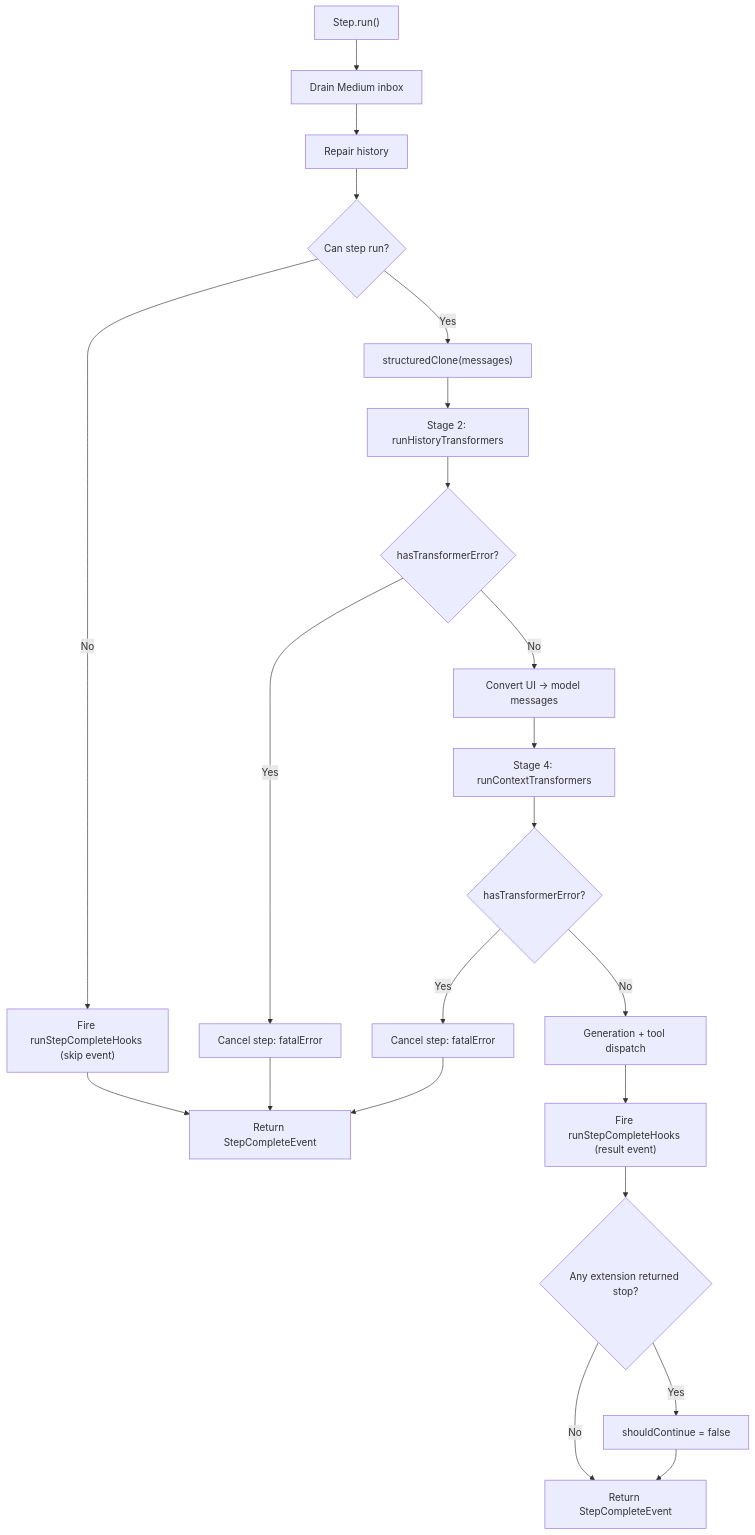
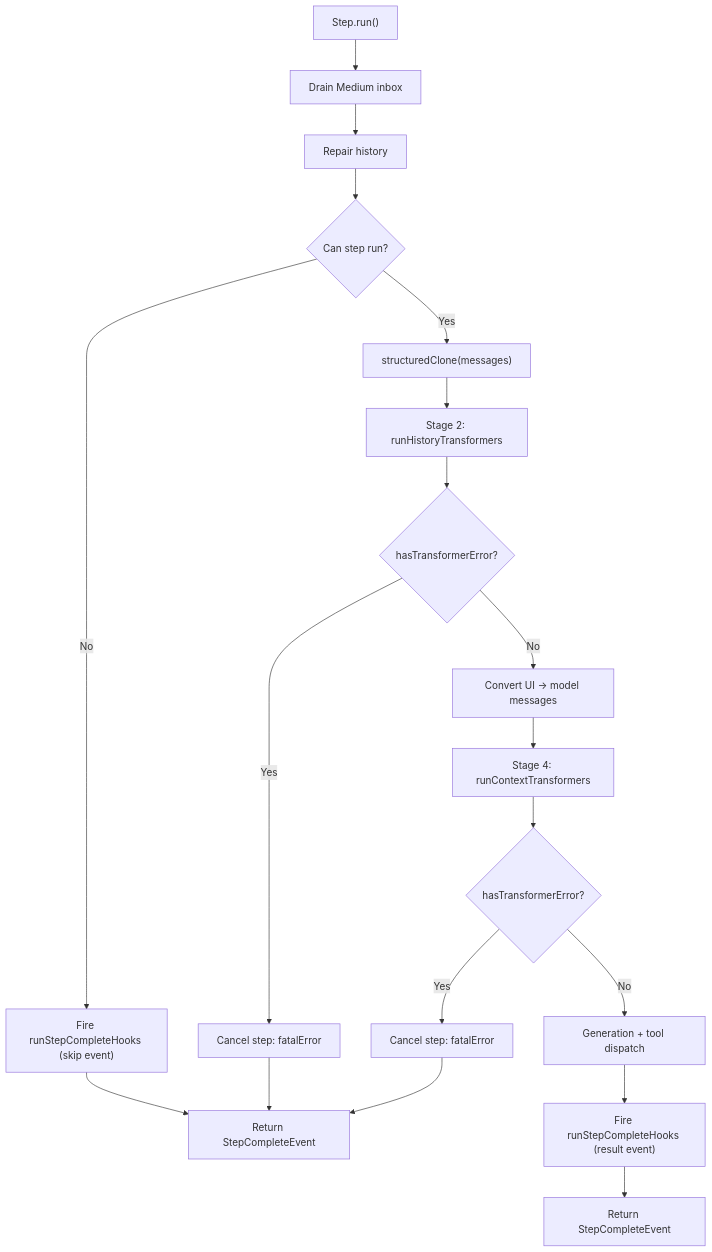
The sixth of 6 diagrams in apps/fluid-agent/src/session/chat/extensions/context-compaction/architecture.md (stagewise-io/klex), drawn with Mermaid before and after one commit. The commit also changed other lines of this file and 4 other files, not shown here.

First line of the commit message:
refactor(fluid-agent): remove extension stop capability from onStepComplete

````diff
--- a/apps/fluid-agent/src/session/chat/extensions/context-compaction/architecture.md
+++ b/apps/fluid-agent/src/session/chat/extensions/context-compaction/architecture.md
@@ -272,24 +272,21 @@
 ```mermaid
 flowchart TD
   StepStart["Step.run()"] --> InboxDrain["Drain Medium inbox"]
   InboxDrain --> Repair["Repair history"]
   Repair --> Decision{"Can step run?"}
   Decision -->|No| SkipCancel["Fire runStepCompleteHooks (skip event)"]
   SkipCancel --> StepEnd["Return StepCompleteEvent"]
   Decision -->|Yes| Copy["structuredClone(messages)"]
   Copy --> Stage2["Stage 2: runHistoryTransformers"]
   Stage2 --> CheckPre{"hasTransformerError?"}
   CheckPre -->|Yes| CancelPre["Cancel step: fatalError"]
   CheckPre -->|No| Convert["Convert UI → model messages"]
   Convert --> Stage4["Stage 4: runContextTransformers"]
   Stage4 --> CheckPost{"hasTransformerError?"}
   CheckPost -->|Yes| CancelPost["Cancel step: fatalError"]
   CheckPost -->|No| GenRun["Generation + tool dispatch"]
   GenRun --> StageHooks["Fire runStepCompleteHooks (result event)"]
-  StageHooks --> ApplyStop{"Any extension returned stop?"}
-  ApplyStop -->|Yes| SetStop["shouldContinue = false"]
-  ApplyStop -->|No| StepEnd2["Return StepCompleteEvent"]
-  SetStop --> StepEnd2
+  StageHooks --> StepEnd2["Return StepCompleteEvent"]
   CancelPre --> StepEnd
   CancelPost --> StepEnd
 ```
````
